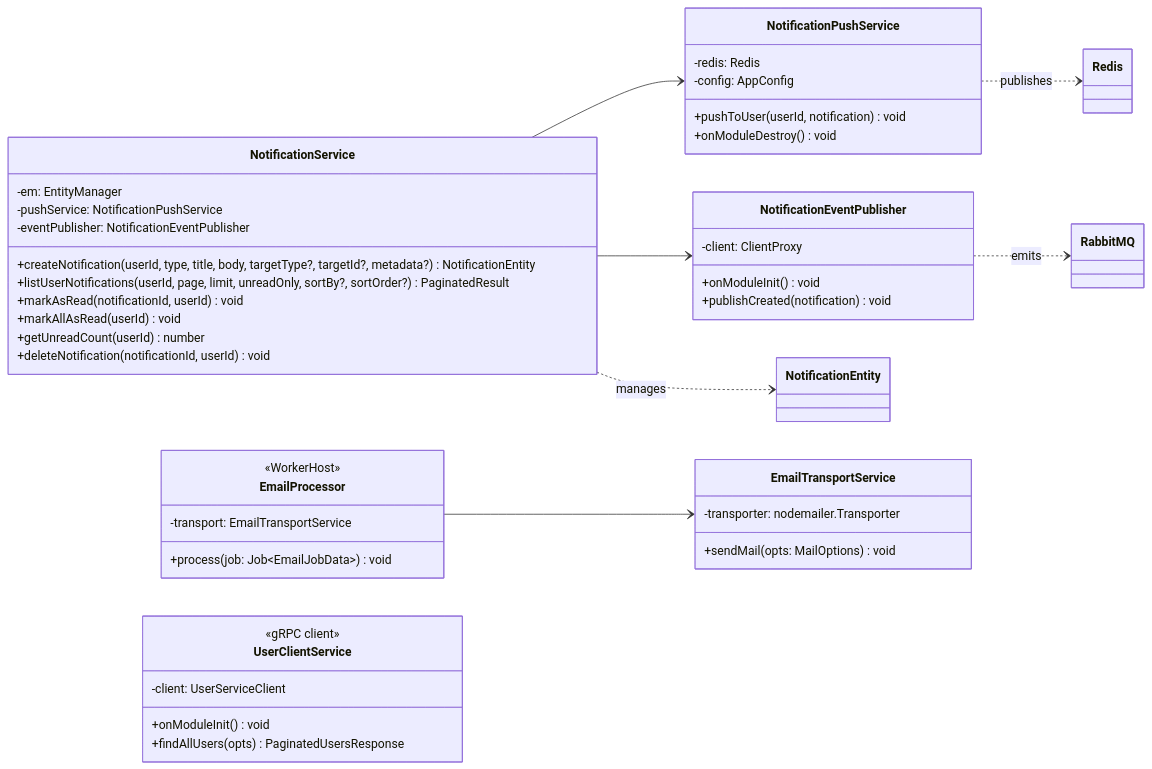
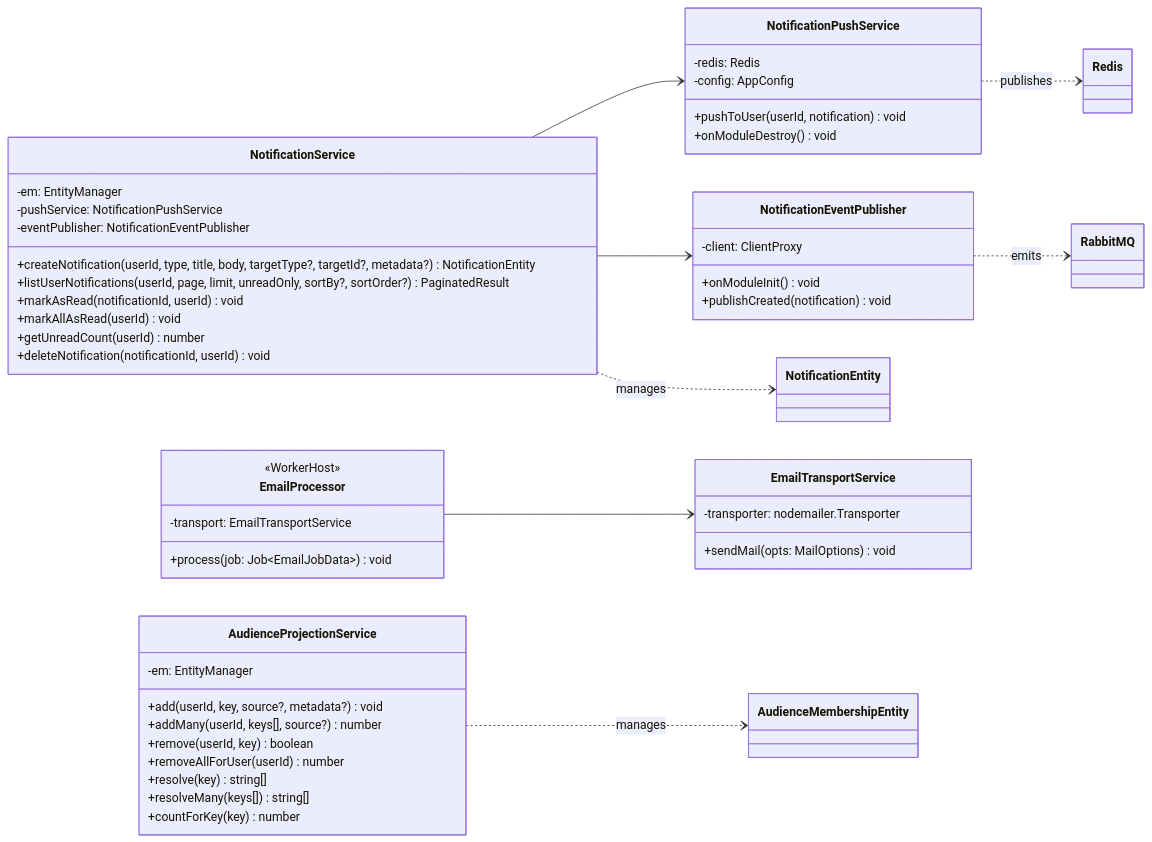
One commit to yolona-oss/asko-rsw changed the fourth of 21 diagrams in apps/notification-service/README.md. Above: the diagram before and after it, drawn with Mermaid. The commit also changed other lines of this file and 37 other files, not shown here.

````diff
--- a/apps/notification-service/README.md
+++ b/apps/notification-service/README.md
@@ -233,54 +247,59 @@
 ```mermaid
 classDiagram
     direction LR
 
     class NotificationService {
         -em: EntityManager
         -pushService: NotificationPushService
         -eventPublisher: NotificationEventPublisher
         +createNotification(userId, type, title, body, targetType?, targetId?, metadata?) NotificationEntity
         +listUserNotifications(userId, page, limit, unreadOnly, sortBy?, sortOrder?) PaginatedResult
         +markAsRead(notificationId, userId) void
         +markAllAsRead(userId) void
         +getUnreadCount(userId) number
         +deleteNotification(notificationId, userId) void
     }
 
     class NotificationPushService {
         -redis: Redis
         -config: AppConfig
         +pushToUser(userId, notification) void
         +onModuleDestroy() void
     }
 
     class NotificationEventPublisher {
         -client: ClientProxy
         +onModuleInit() void
         +publishCreated(notification) void
     }
 
     class EmailTransportService {
         -transporter: nodemailer.Transporter
         +sendMail(opts: MailOptions) void
     }
 
     class EmailProcessor {
         <<WorkerHost>>
         -transport: EmailTransportService
         +process(job: Job~EmailJobData~) void
     }
 
-    class UserClientService {
-        <<gRPC client>>
-        -client: UserServiceClient
-        +onModuleInit() void
-        +findAllUsers(opts) PaginatedUsersResponse
+    class AudienceProjectionService {
+        -em: EntityManager
+        +add(userId, key, source?, metadata?) void
+        +addMany(userId, keys[], source?) number
+        +remove(userId, key) boolean
+        +removeAllForUser(userId) number
+        +resolve(key) string[]
+        +resolveMany(keys[]) string[]
+        +countForKey(key) number
     }
 
     NotificationService --> NotificationPushService
     NotificationService --> NotificationEventPublisher
     EmailProcessor --> EmailTransportService
     NotificationService ..> NotificationEntity : manages
     NotificationPushService ..> Redis : publishes
     NotificationEventPublisher ..> RabbitMQ : emits
+    AudienceProjectionService ..> AudienceMembershipEntity : manages
 ```
````
